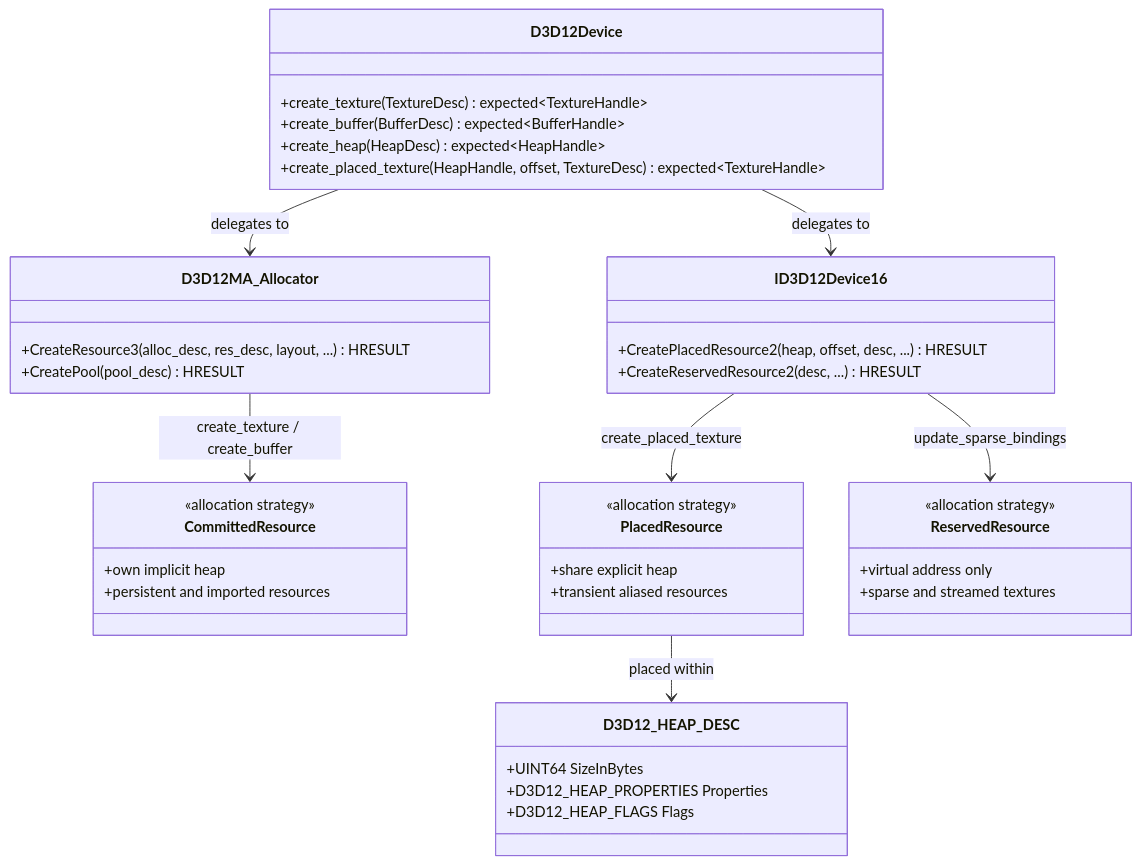
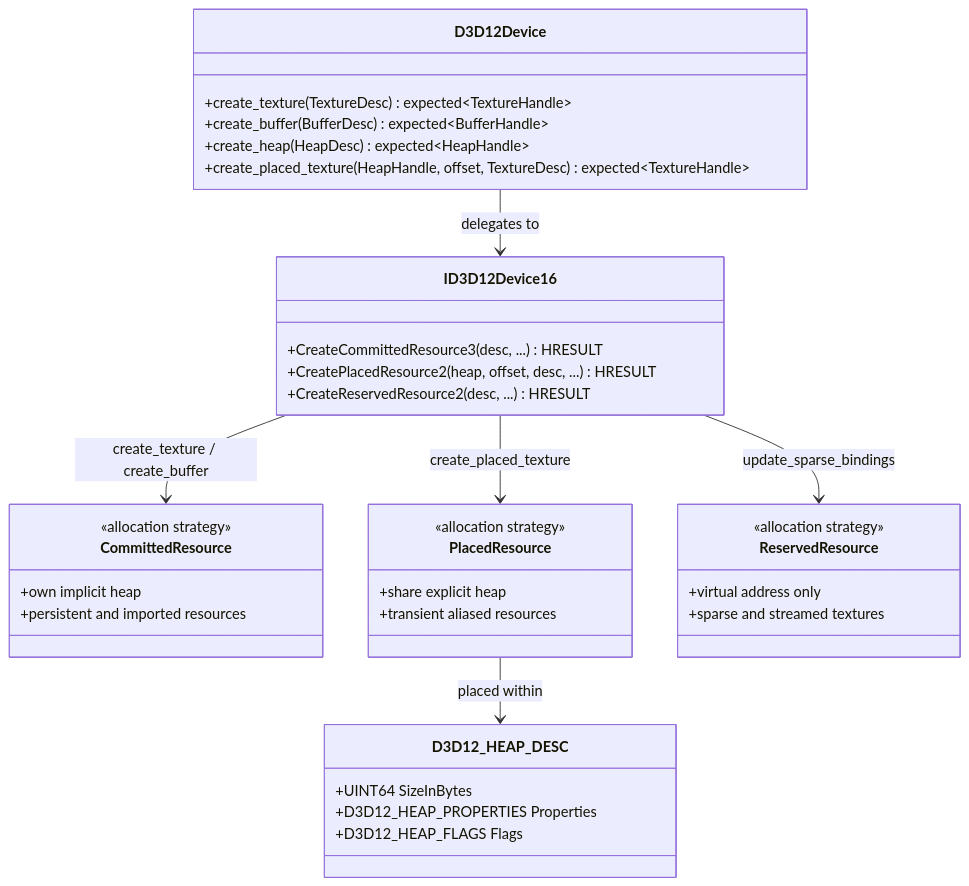
The fourth of 9 diagrams in docs/design/gpu-backend-d3d12-classes.md (harmonius-dev/harmonius), drawn with Mermaid before and after one commit. The commit also changed other lines of this file and 28 other files, not shown here.

````diff
--- a/docs/design/gpu-backend-d3d12-classes.md
+++ b/docs/design/gpu-backend-d3d12-classes.md
@@ -330,50 +330,45 @@
 ```mermaid
 classDiagram
     class D3D12Device {
         +create_texture(TextureDesc) expected~TextureHandle~
         +create_buffer(BufferDesc) expected~BufferHandle~
         +create_heap(HeapDesc) expected~HeapHandle~
         +create_placed_texture(HeapHandle, offset, TextureDesc) expected~TextureHandle~
-    }
-
-    class D3D12MA_Allocator {
-        +CreateResource3(alloc_desc, res_desc, layout, ...) HRESULT
-        +CreatePool(pool_desc) HRESULT
     }
 
     class CommittedResource {
         <<allocation strategy>>
         +own implicit heap
         +persistent and imported resources
     }
 
     class PlacedResource {
         <<allocation strategy>>
         +share explicit heap
         +transient aliased resources
     }
 
     class ReservedResource {
         <<allocation strategy>>
         +virtual address only
         +sparse and streamed textures
     }
 
     class D3D12_HEAP_DESC {
         +UINT64 SizeInBytes
         +D3D12_HEAP_PROPERTIES Properties
         +D3D12_HEAP_FLAGS Flags
     }
 
     class ID3D12Device16 {
+        +CreateCommittedResource3(desc, ...) HRESULT
         +CreatePlacedResource2(heap, offset, desc, ...) HRESULT
         +CreateReservedResource2(desc, ...) HRESULT
     }
 
-    D3D12Device --> D3D12MA_Allocator : delegates to
-    D3D12MA_Allocator --> CommittedResource : create_texture / create_buffer
     D3D12Device --> ID3D12Device16 : delegates to
+    ID3D12Device16 --> CommittedResource : create_texture / create_buffer
     ID3D12Device16 --> PlacedResource : create_placed_texture
     ID3D12Device16 --> ReservedResource : update_sparse_bindings
     PlacedResource --> D3D12_HEAP_DESC : placed within
 ```
````
